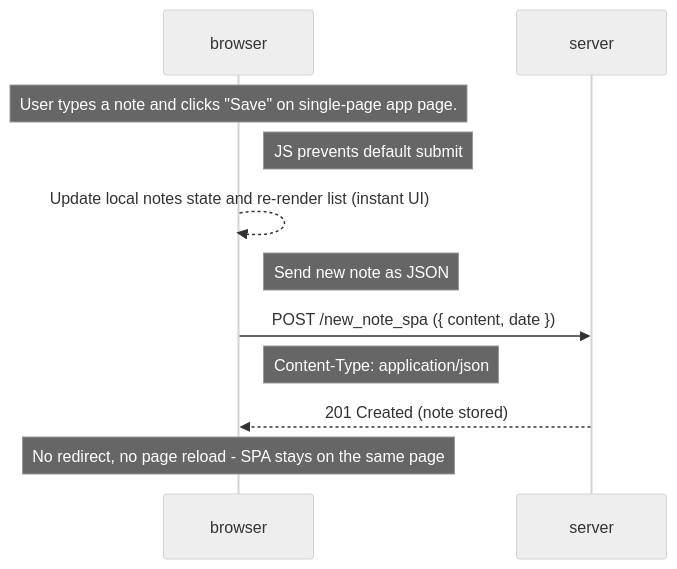
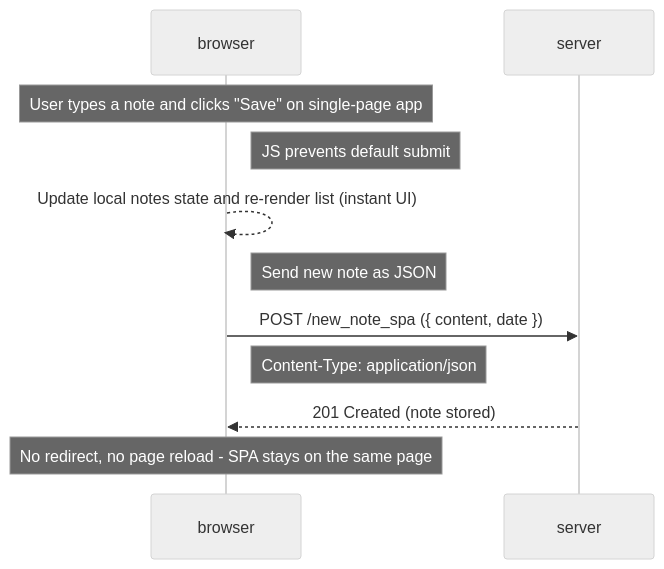
One commit to narcuri75/fullstackopen changed the diagram in Part0/0.6_new_note_spa_diagram.md. Above: the diagram before and after it, drawn with Mermaid (neutral theme).

````diff
--- a/Part0/0.6_new_note_spa_diagram.md
+++ b/Part0/0.6_new_note_spa_diagram.md
@@ -1,16 +1,16 @@
 ```mermaid
 sequenceDiagram
   participant browser
   participant server
 
-Note over browser: User types a note and clicks "Save" on single-page app page.
+Note over browser: User types a note and clicks "Save" on single-page app
 Note right of browser: JS prevents default submit
 browser-->>browser: Update local notes state and re-render list (instant UI)
 
 Note right of browser: Send new note as JSON
 browser->>server: POST /new_note_spa ({ content, date })
 Note right of browser: Content-Type: application/json
 server-->>browser: 201 Created (note stored)
 
 Note over browser: No redirect, no page reload - SPA stays on the same page
 ```
````
